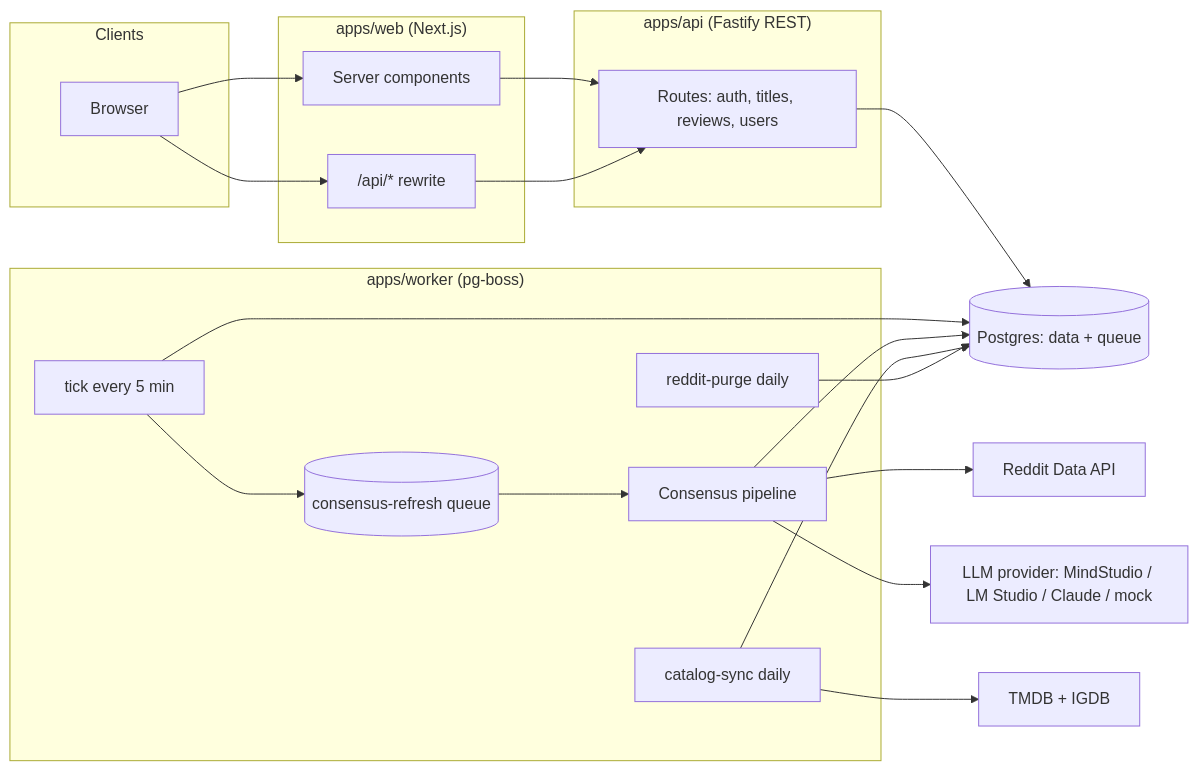
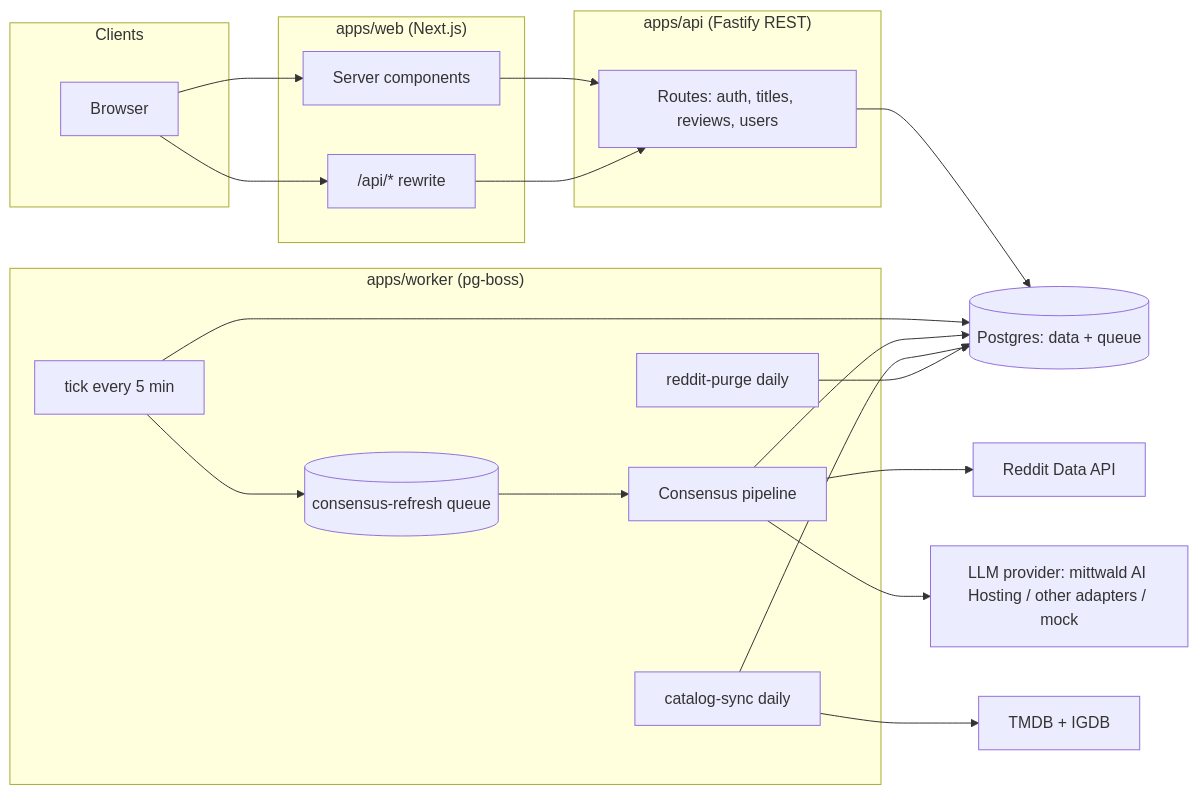
The diagram in docs/PLAN.md (ItsYeBoi20/Reviews), drawn with Mermaid before and after one commit. The commit also changed other lines of this file and 6 other files, not shown here.

First line of the commit message:
Add mittwald AI Hosting as the primary consensus provider

````diff
--- a/docs/PLAN.md
+++ b/docs/PLAN.md
@@ -22,34 +22,34 @@
 ```mermaid
 flowchart LR
   subgraph Clients
     B[Browser]
   end
   subgraph Web["apps/web (Next.js)"]
     SSR[Server components]
     RW["/api/* rewrite"]
   end
   subgraph API["apps/api (Fastify REST)"]
     R[Routes: auth, titles, reviews, users]
   end
   subgraph Worker["apps/worker (pg-boss)"]
     T[tick every 5 min] --> Q[(consensus-refresh queue)]
     Q --> P[Consensus pipeline]
     C[catalog-sync daily]
     G[reddit-purge daily]
   end
   PG[(Postgres: data + queue)]
   RD[Reddit Data API]
-  LLM[LLM provider: MindStudio / LM Studio / Claude / mock]
+  LLM[LLM provider: mittwald AI Hosting / other adapters / mock]
   CAT[TMDB + IGDB]
 
   B --> SSR --> R
   B --> RW --> R
   R --> PG
   T --> PG
   P --> RD
   P --> LLM
   P --> PG
   C --> CAT
   C --> PG
   G --> PG
 ```
````
